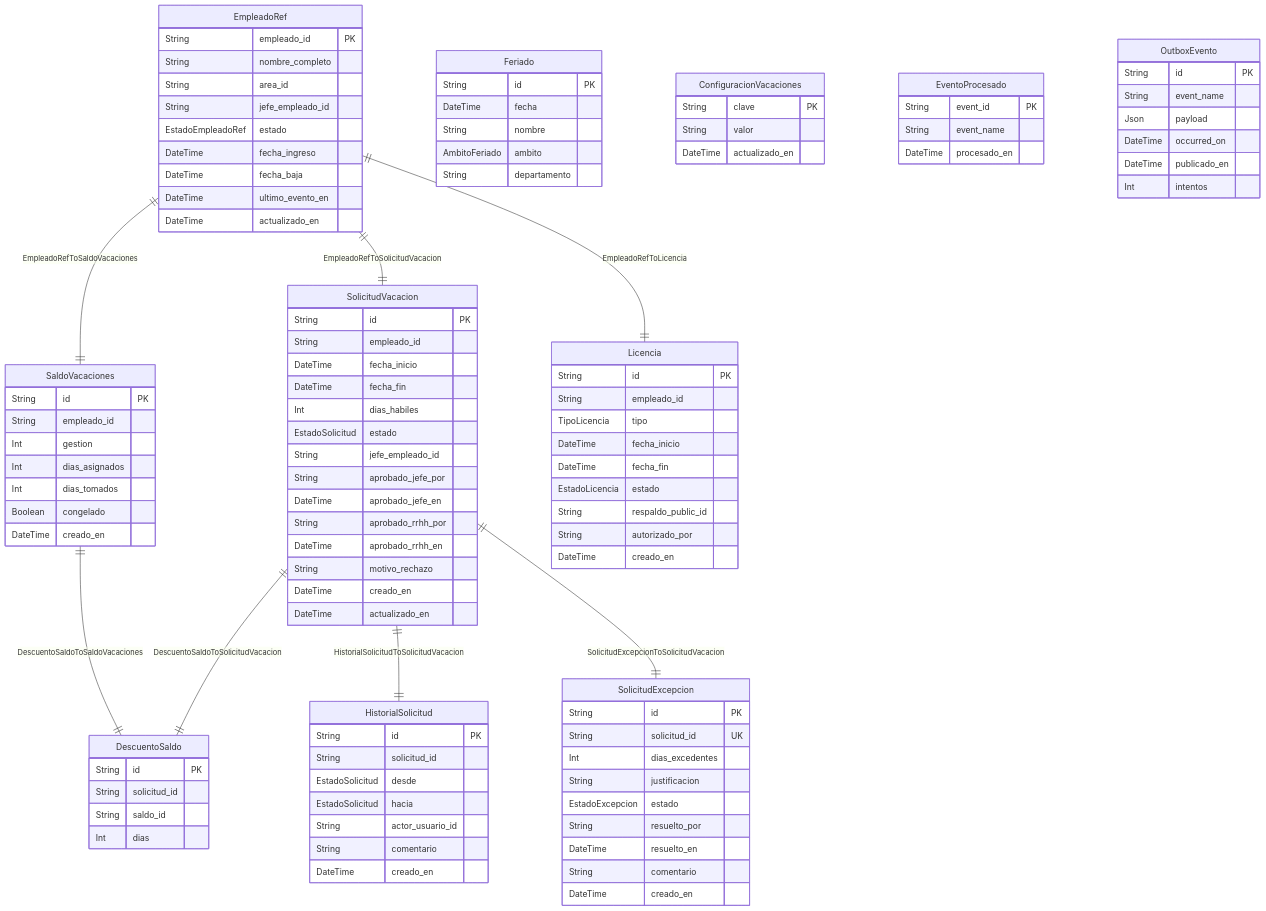
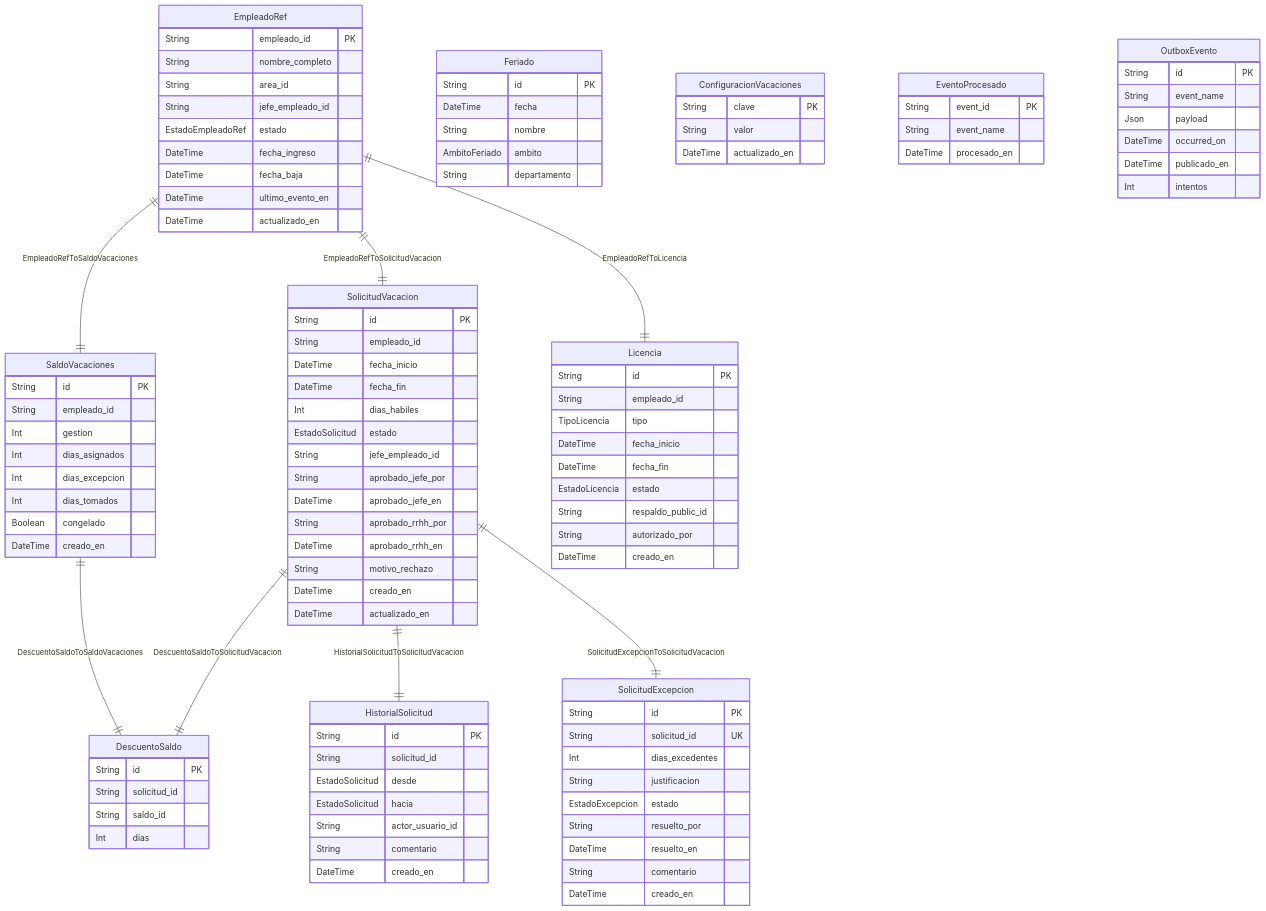
One commit to SeverichAxl/ARCA changed the diagram in docs/db/mer-vacaciones.md. Above: the diagram before and after it, drawn with Mermaid. The commit also changed 22 other files, not shown here.

```diff
--- a/docs/db/mer-vacaciones.md
+++ b/docs/db/mer-vacaciones.md
@@ -20,6 +20,7 @@
     String empleado_id
     Int gestion
     Int dias_asignados
+    Int dias_excepcion
     Int dias_tomados
     Boolean congelado
     DateTime creado_en
```
